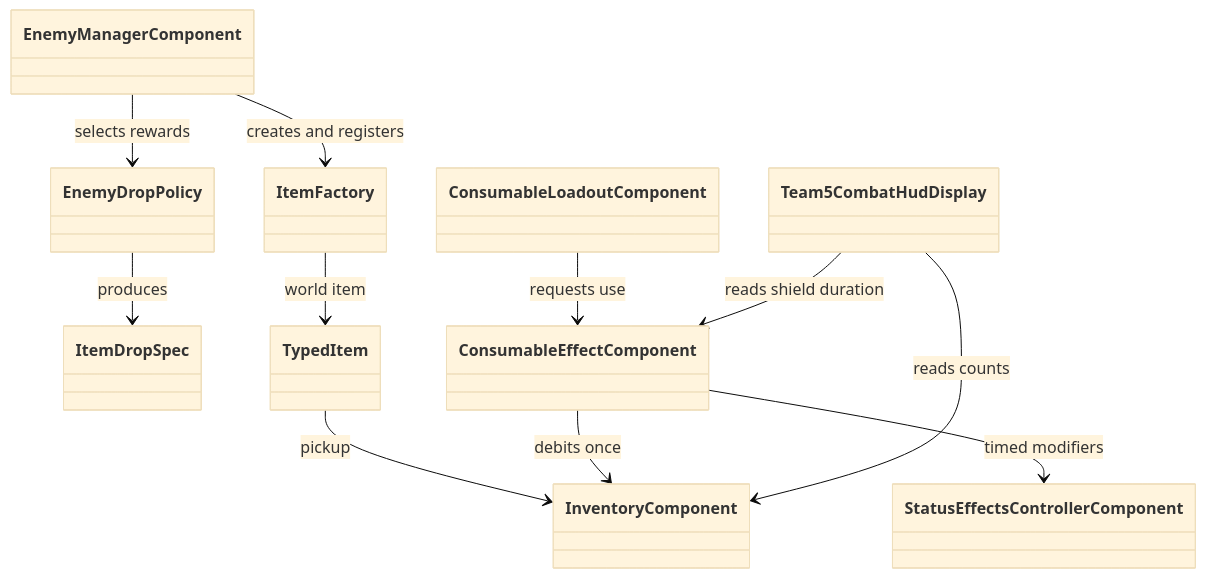
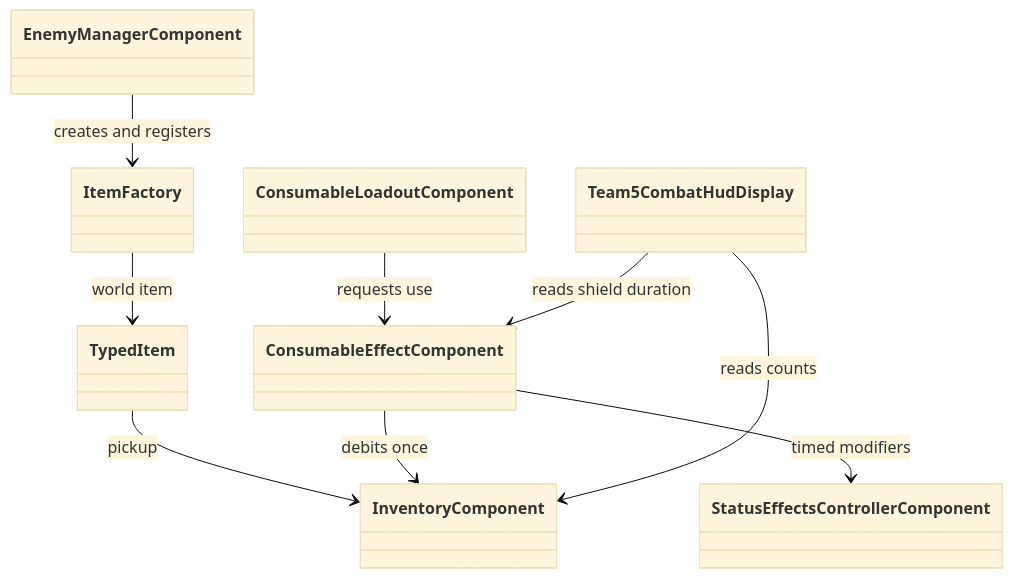
The first of 2 diagrams in source/docs/team5-consumables-currency-sprint2-wiki-draft.md (UQcsse3200/2026-studio-4), drawn with Mermaid (base theme) before and after one commit. The commit also changed other lines of this file and 8 other files, not shown here.

````diff
--- a/source/docs/team5-consumables-currency-sprint2-wiki-draft.md
+++ b/source/docs/team5-consumables-currency-sprint2-wiki-draft.md
@@ -38,13 +38,11 @@
 ```mermaid
 classDiagram
-  EnemyManagerComponent --> EnemyDropPolicy : selects rewards
-  EnemyDropPolicy --> ItemDropSpec : produces
   EnemyManagerComponent --> ItemFactory : creates and registers
   ItemFactory --> TypedItem : world item
   TypedItem --> InventoryComponent : pickup
   ConsumableLoadoutComponent --> ConsumableEffectComponent : requests use
   ConsumableEffectComponent --> InventoryComponent : debits once
   ConsumableEffectComponent --> StatusEffectsControllerComponent : timed modifiers
   Team5CombatHudDisplay --> InventoryComponent : reads counts
   Team5CombatHudDisplay --> ConsumableEffectComponent : reads shield duration
 ```
````
